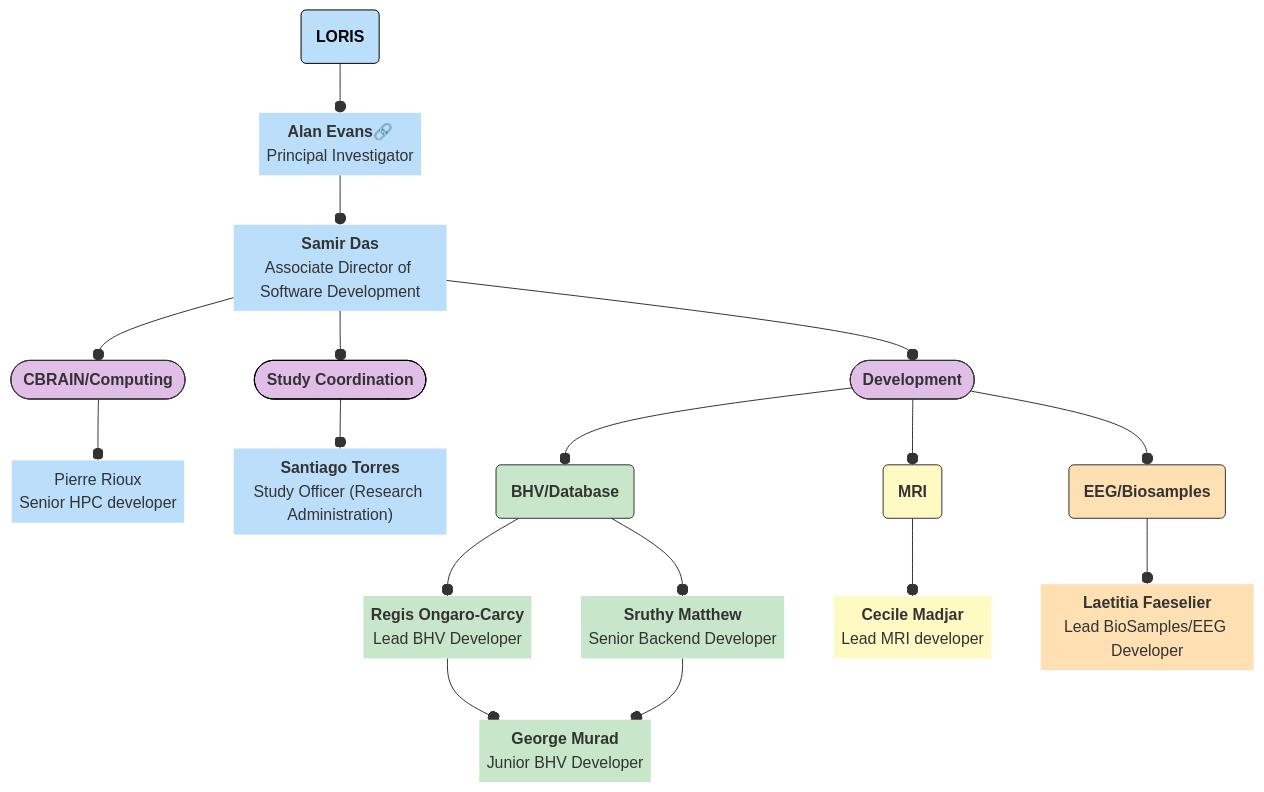
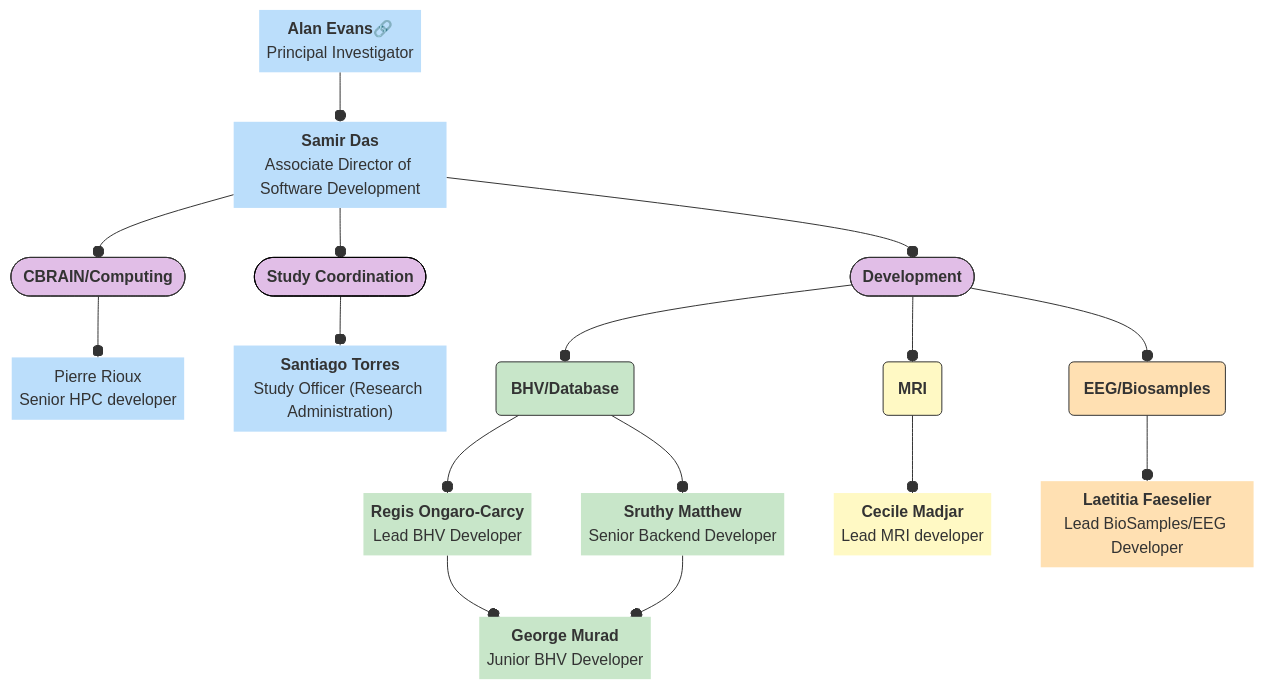
The diagram in docs/orgcharts.md (DCAN-Labs/hbcd-docs-internal), drawn with Mermaid before and after one commit. The commit also changed other lines of this file, not shown here.

Commit message:
test add config

````diff
--- a/docs/orgcharts.md
+++ b/docs/orgcharts.md
@@ -8,45 +8,45 @@
 ```mermaid
+---
+config:
+  layout: dagre
+---
 flowchart TB
-    Z["<b>LORIS</b>"] --o A["<b>Alan Evans🔗</b><br>Principal Investigator"]
-    A --o nl["<b>Samir Das</b><br>Associate Director of Software Development"]
+    A["<b>Alan Evans🔗</b><br>Principal Investigator"] --o nl["<b>Samir Das</b><br>Associate Director of Software Development"]
     nl --o n9(["<b>Study Coordination</b>"]) & C(["<b>CBRAIN/Computing</b>"]) & B(["<b>Development</b>"])
     C --o D["Pierre Rioux<br>Senior HPC developer"]
     n9 --o E["<b>Santiago Torres</b><br>Study Officer (Research Administration)"]
     B --o F["<b>BHV/Database</b>"] & H["<b>EEG/Biosamples</b>"] & G["<b>MRI</b>"]
     F --o I["<b>Regis Ongaro-Carcy</b><br>Lead BHV Developer"] & J["<b>Sruthy Matthew</b><br>Senior Backend Developer"]
     I --o K["<b>George Murad</b><br>Junior BHV Developer"]
     J --o K
     G --o L["<b>Cecile Madjar</b><br>Lead MRI developer"]
     H --o M["<b>Laetitia Faeselier</b><br>Lead BioSamples/EEG Developer"]
-
-    Z@{ shape: rounded}
     A@{ shape: text}
     nl@{ shape: text}
     D@{ shape: text}
     E@{ shape: text}
     F@{ shape: rounded}
     H@{ shape: rounded}
     G@{ shape: rounded}
     I@{ shape: text}
     J@{ shape: text}
     K@{ shape: text}
     L@{ shape: text}
     M@{ shape: text}
-    style Z stroke:#000000,fill:#BBDEFB,color:#000000
     style A stroke:#000000,fill:#BBDEFB
     style nl stroke:#000000,fill:#BBDEFB
     style n9 stroke:#000000,fill:#E1BEE7,stroke-width:1px,stroke-dasharray: 0
     style C stroke:#333,fill:#E1BEE7
     style B stroke:#333,fill:#E1BEE7
     style D stroke:#333,fill:#BBDEFB
     style E stroke:#333,fill:#BBDEFB
     style F stroke:#333,fill:#C8E6C9
     style H stroke:#333,fill:#FFE0B2
     style G stroke:#333,fill:#FFF9C4
     style I stroke:#333,fill:#C8E6C9
     style J stroke:#333,fill:#C8E6C9
     style K stroke:#333,fill:#C8E6C9
     style L stroke:#000000,fill:#FFF9C4
     style M fill:#FFE0B2,stroke:#000000
     click A "#alan-evans-principal-investigator"
 ```
````
